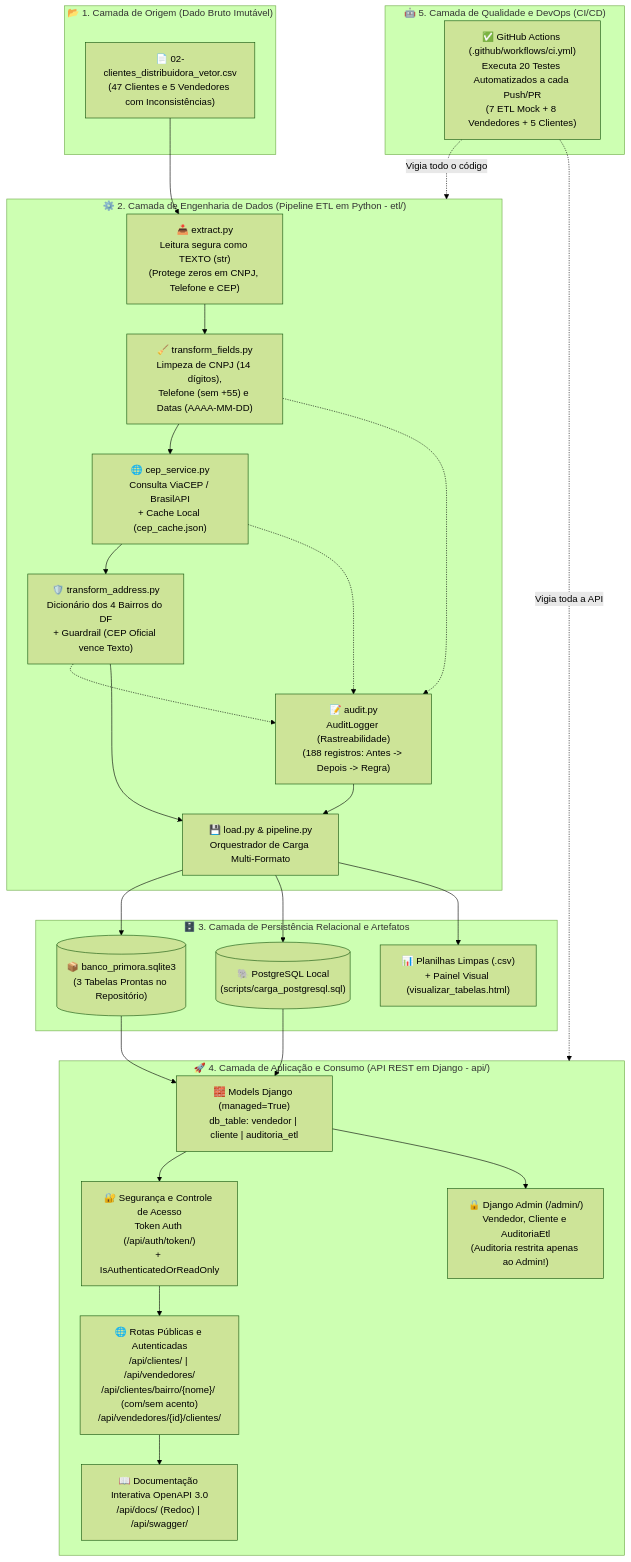
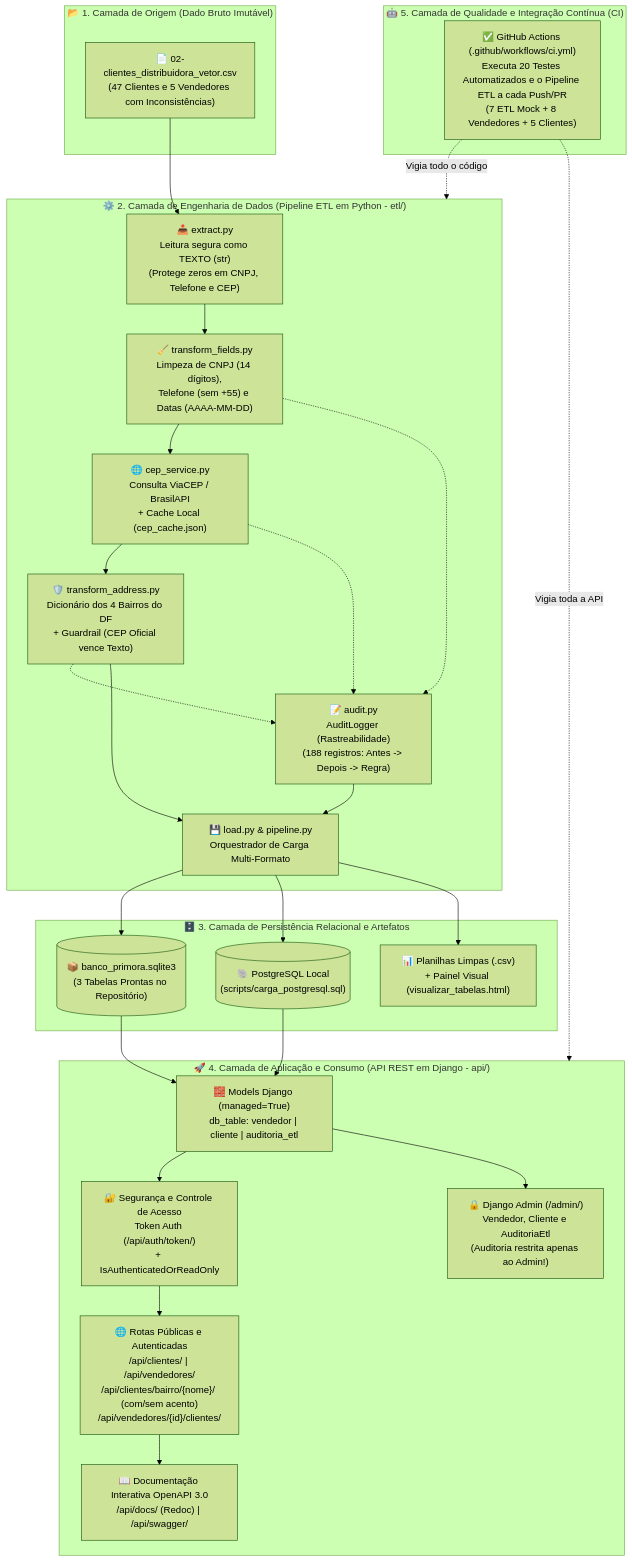
One commit to dudsstar16/desafio-primora changed the diagram in docs/arquitetura/arquitetura_sistema.md. Above: the diagram before and after it, drawn with Mermaid (forest theme). The commit also changed other lines of this file and 1 other file, not shown here.

Commit message:
docs: ajusta nomenclatura tecnica para Integracao Continua (CI) com precisao para a banca

````diff
--- a/docs/arquitetura/arquitetura_sistema.md
+++ b/docs/arquitetura/arquitetura_sistema.md
@@ -10,56 +10,56 @@
 ```mermaid
 flowchart TD
     subgraph C1["📂 1. Camada de Origem (Dado Bruto Imutável)"]
         RAW["📄 02-clientes_distribuidora_vetor.csv<br/>(47 Clientes e 5 Vendedores com Inconsistências)"]
     end
 
     subgraph C2["⚙️ 2. Camada de Engenharia de Dados (Pipeline ETL em Python - etl/)"]
         EXT["📥 extract.py<br/>Leitura segura como TEXTO (str)<br/>(Protege zeros em CNPJ, Telefone e CEP)"]
         TF["🧹 transform_fields.py<br/>Limpeza de CNPJ (14 dígitos),<br/>Telefone (sem +55) e Datas (AAAA-MM-DD)"]
         CEP["🌐 cep_service.py<br/>Consulta ViaCEP / BrasilAPI<br/>+ Cache Local (cep_cache.json)"]
         TA["🛡️ transform_address.py<br/>Dicionário dos 4 Bairros do DF<br/>+ Guardrail (CEP Oficial vence Texto)"]
         AUD["📝 audit.py<br/>AuditLogger (Rastreabilidade)<br/>(188 registros: Antes -> Depois -> Regra)"]
         LOAD["💾 load.py & pipeline.py<br/>Orquestrador de Carga Multi-Formato"]
     end
 
     subgraph C3["🗄️ 3. Camada de Persistência Relacional e Artefatos"]
         DB_SQLITE[("📦 banco_primora.sqlite3<br/>(3 Tabelas Prontas no Repositório)")]
         DB_PG[("🐘 PostgreSQL Local<br/>(scripts/carga_postgresql.sql)")]
         CSVS["📊 Planilhas Limpas (.csv)<br/>+ Painel Visual (visualizar_tabelas.html)"]
     end
 
     subgraph C4["🚀 4. Camada de Aplicação e Consumo (API REST em Django - api/)"]
         MODELS["🧱 Models Django (managed=True)<br/>db_table: vendedor | cliente | auditoria_etl"]
         AUTH["🔐 Segurança e Controle de Acesso<br/>Token Auth (/api/auth/token/)<br/>+ IsAuthenticatedOrReadOnly"]
         ENDPOINTS["🌐 Rotas Públicas e Autenticadas<br/>/api/clientes/ | /api/vendedores/<br/>/api/clientes/bairro/{nome}/ (com/sem acento)<br/>/api/vendedores/{id}/clientes/"]
         ADMIN["🔒 Django Admin (/admin/)<br/>Vendedor, Cliente e AuditoriaEtl<br/>(Auditoria restrita apenas ao Admin!)"]
         DOCS["📖 Documentação Interativa OpenAPI 3.0<br/>/api/docs/ (Redoc) | /api/swagger/"]
     end
 
-    subgraph C5["🤖 5. Camada de Qualidade e DevOps (CI/CD)"]
-        CI["✅ GitHub Actions (.github/workflows/ci.yml)<br/>Executa 20 Testes Automatizados a cada Push/PR<br/>(7 ETL Mock + 8 Vendedores + 5 Clientes)"]
+    subgraph C5["🤖 5. Camada de Qualidade e Integração Contínua (CI)"]
+        CI["✅ GitHub Actions (.github/workflows/ci.yml)<br/>Executa 20 Testes Automatizados e o Pipeline ETL a cada Push/PR<br/>(7 ETL Mock + 8 Vendedores + 5 Clientes)"]
     end
 
     RAW --> EXT
     EXT --> TF
     TF --> CEP
     CEP --> TA
     TF -.-> AUD
     CEP -.-> AUD
     TA -.-> AUD
     TA --> LOAD
     AUD --> LOAD
 
     LOAD --> DB_SQLITE
     LOAD --> DB_PG
     LOAD --> CSVS
 
     DB_SQLITE --> MODELS
     DB_PG --> MODELS
     MODELS --> AUTH
     AUTH --> ENDPOINTS
     MODELS --> ADMIN
     ENDPOINTS --> DOCS
     CI -. "Vigia todo o código" .-> C2
     CI -. "Vigia toda a API" .-> C4
 ```
````
